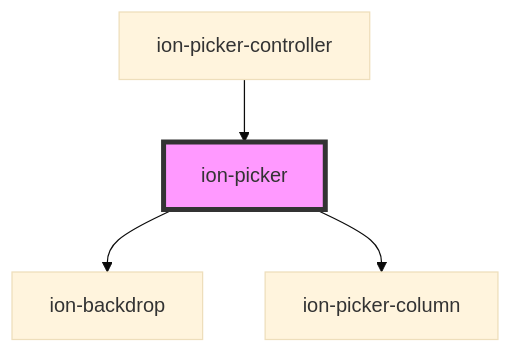
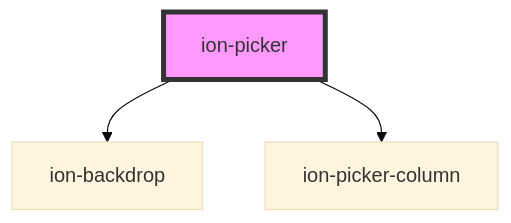
One commit to ionic-team/ionic-framework changed the diagram in core/src/components/picker/readme.md. Above: the diagram before and after it, drawn with Mermaid (base theme). The commit also changed other lines of this file and 31 other files, not shown here.

````diff
--- a/core/src/components/picker/readme.md
+++ b/core/src/components/picker/readme.md
@@ -120,7 +116,6 @@
 ```mermaid
 graph TD;
   ion-picker --> ion-backdrop
   ion-picker --> ion-picker-column
-  ion-picker-controller --> ion-picker
   style ion-picker fill:#f9f,stroke:#333,stroke-width:4px
 ```
````
